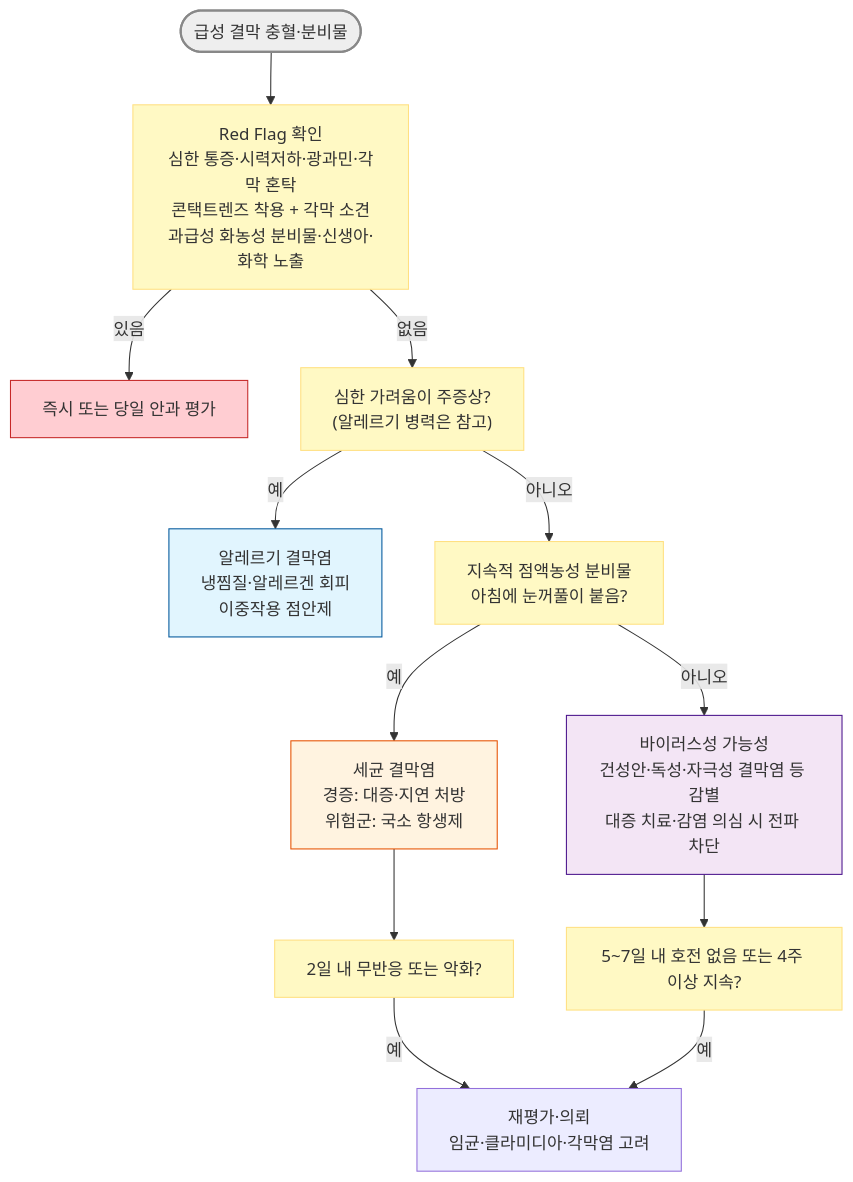
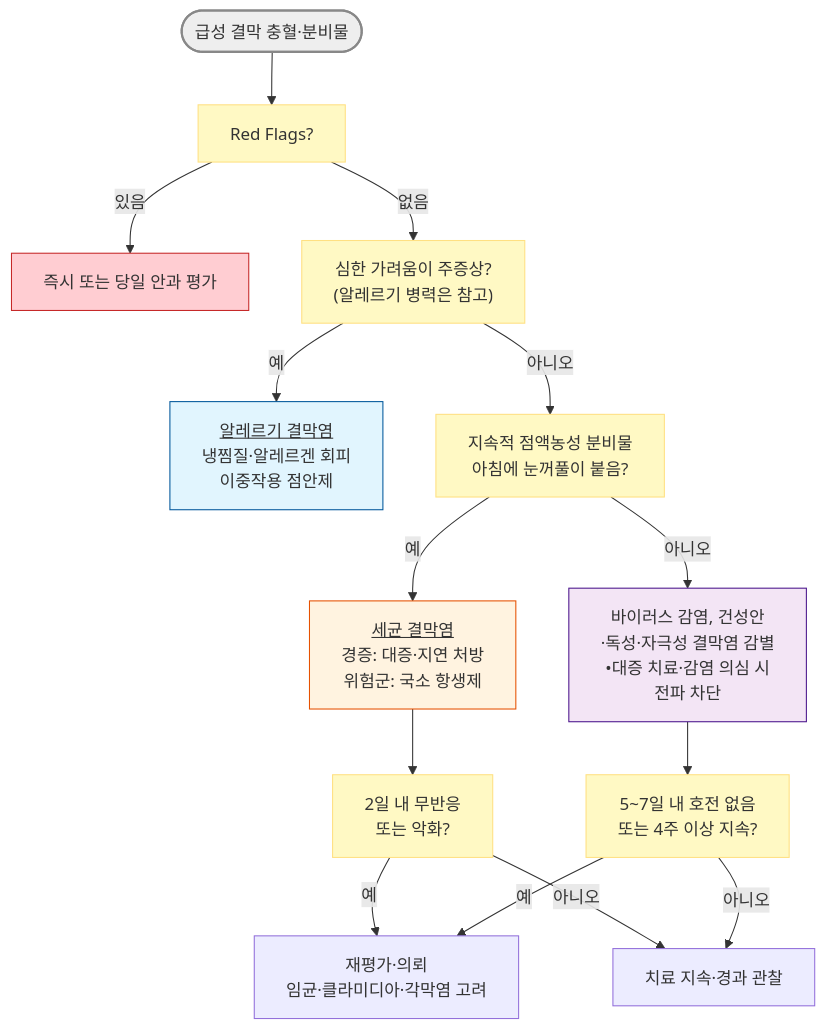
The diagram in 222_/038_-conjunctivitis.md (familyoh77/familyoh77), drawn with Mermaid before and after one commit. The commit also changed other lines of this file, not shown here.

````diff
--- a/222_/038_-conjunctivitis.md
+++ b/222_/038_-conjunctivitis.md
@@ -227,25 +274,24 @@
 ```mermaid
 graph TD
-    Start(["급성 결막 충혈·분비물"]) --> RF["Red Flag 확인<br>심한 통증·시력저하·광과민·각막 혼탁<br>콘택트렌즈 착용 + 각막 소견<br>과급성 화농성 분비물·신생아·화학 노출"]
+    Start(["급성 결막 충혈·분비물"]) --> RF["Red Flags?"]
     RF -->|"있음"| Refer["즉시 또는 당일 안과 평가"]
     RF -->|"없음"| Q1["심한 가려움이 주증상?<br>(알레르기 병력은 참고)"]
-    Q1 -->|"예"| Allergy["알레르기 결막염<br>냉찜질·알레르겐 회피<br>이중작용 점안제"]
+    Q1 -->|"예"| Allergy["<u>알레르기 결막염</u><br>냉찜질·알레르겐 회피<br>이중작용 점안제"]
     Q1 -->|"아니오"| Q2["지속적 점액농성 분비물<br>아침에 눈꺼풀이 붙음?"]
-    Q2 -->|"예"| Bact["세균 결막염<br>경증: 대증·지연 처방<br>위험군: 국소 항생제"]
-    Q2 -->|"아니오"| Viral["바이러스성 가능성<br>건성안·독성·자극성 결막염 등 감별<br>대증 치료·감염 의심 시 전파 차단"]
-    Bact --> F1["2일 내 무반응 또는 악화?"]
-    Viral --> F2["5~7일 내 호전 없음 또는 4주 이상 지속?"]
+    Q2 -->|"예"| Bact["<u>세균 결막염</u><br>경증: 대증·지연 처방<br>위험군: 국소 항생제"]
+    Q2 -->|"아니오"| Viral["바이러스 감염, 건성안<br>·독성·자극성 결막염 감별<br>•대증 치료·감염 의심 시 <br>전파 차단"]
+    Bact --> F1["2일 내 무반응 <br>또는 악화?"]
+    Viral --> F2["5~7일 내 호전 없음 <br>또는 4주 이상 지속?"]
     F1 -->|"예"| Reeval["재평가·의뢰<br>임균·클라미디아·각막염 고려"]
     F2 -->|"예"| Reeval
+    F1 -->|"아니오"| Cont["치료 지속·경과 관찰"]
+    F2 -->|"아니오"| Cont
 
     style Start fill:#eeeeee,stroke:#888888,stroke-width:2px
-    style RF fill:#fff9c4,stroke:#ffe082
-    style Q1 fill:#fff9c4,stroke:#ffe082
-    style Q2 fill:#fff9c4,stroke:#ffe082
-    style F1 fill:#fff9c4,stroke:#ffe082
-    style F2 fill:#fff9c4,stroke:#ffe082
+    classDef yellow fill:#fff9c4,stroke:#ffe082
+    class RF,Q1,Q2,F1,F2 yellow
     style Refer fill:#ffcdd2,stroke:#c62828
     style Allergy fill:#e1f5fe,stroke:#01579b
     style Bact fill:#fff3e0,stroke:#e65100
     style Viral fill:#f3e5f5,stroke:#4a148c
 ```
````
